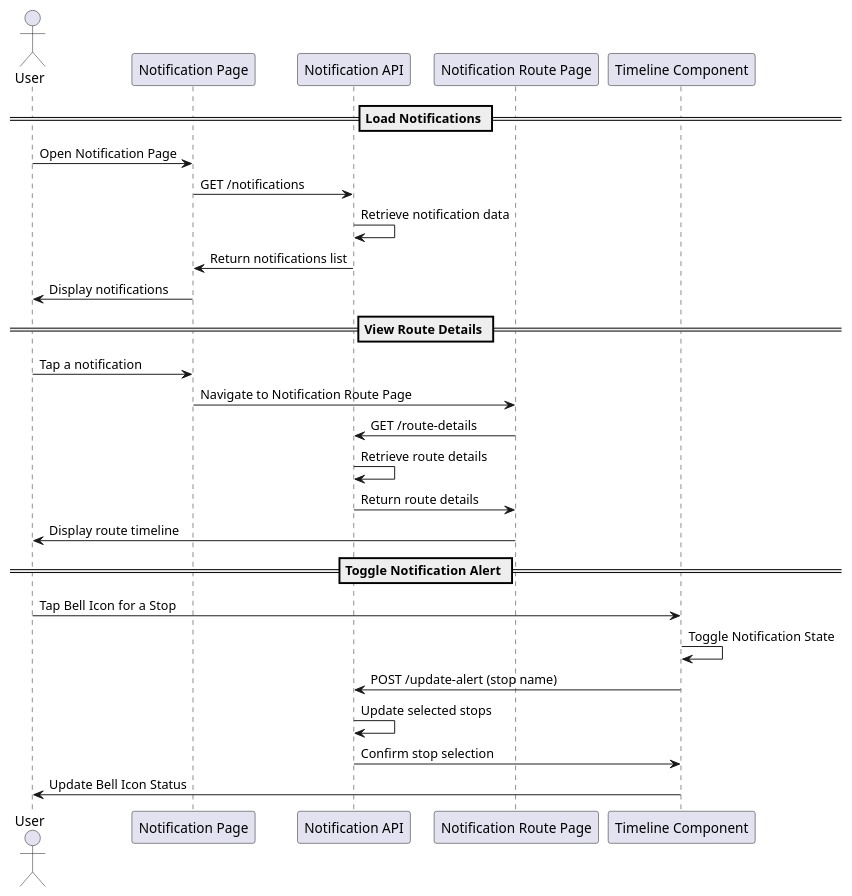
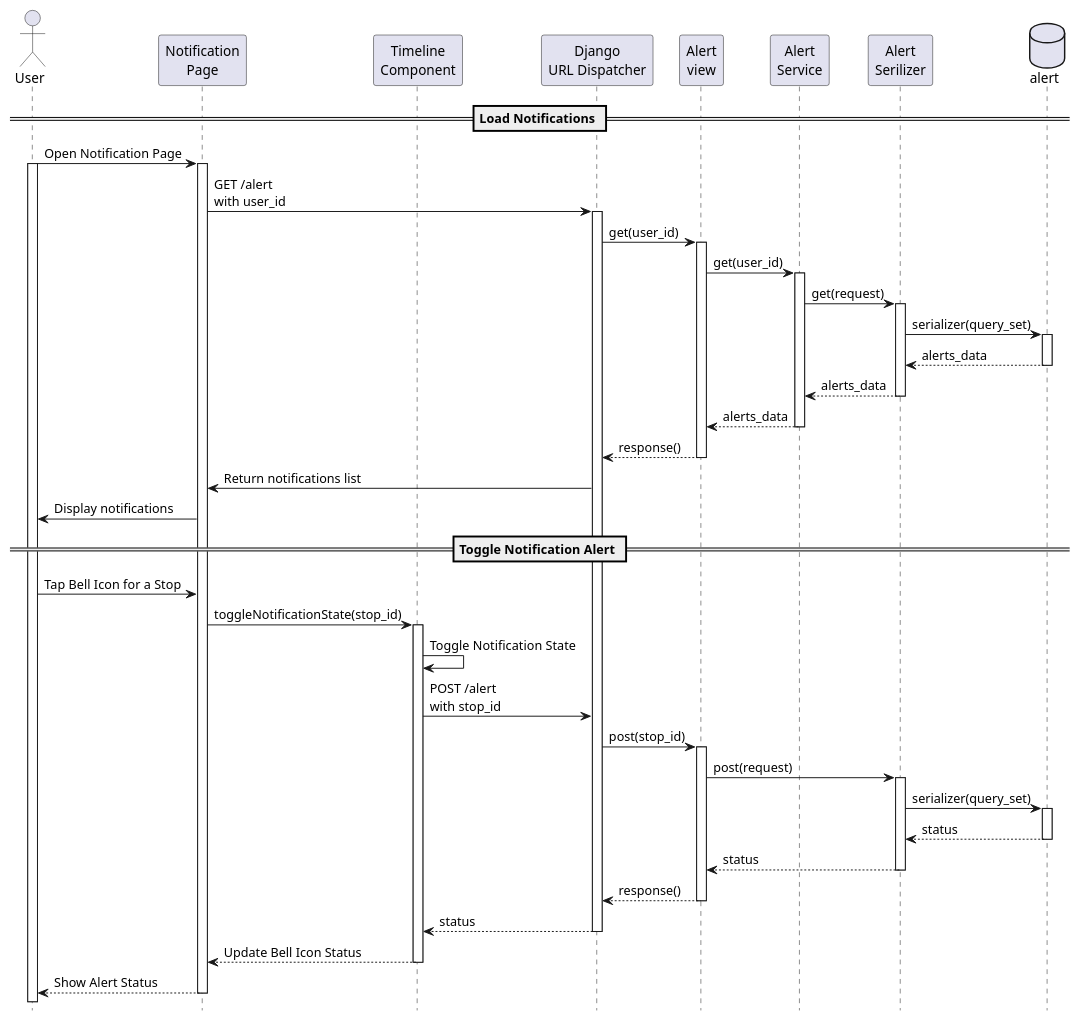
One commit to KMITL-BusBuddy/diagram changed the diagram in notification/notification_route_page.puml. Above: the diagram before and after it, drawn with PlantUML. The commit also changed 1 other file, not shown here.

Commit message:
notifications

```diff
--- a/notification/notification_route_page.puml
+++ b/notification/notification_route_page.puml
@@ -1,32 +1,80 @@
-@startuml
+@startuml noficition_route_page
+
+hide footbox
 
 actor User
-participant "Notification Page" as UI
-participant "Notification API" as API
-participant "Notification Route Page" as RouteUI
-participant "Timeline Component" as Timeline
+participant "Notification\nPage" as UI
+' participant "Notification Route\nPage" as RouteUI
+participant "Timeline\nComponent" as Timeline
+
+participant "Django\nURL Dispatcher" as API
+participant "Alert\nview" as view
+participant "Alert\nService" as service
+participant "Alert\nSerilizer" as serializer
+database "alert" as table
 
 == Load Notifications ==
 User -> UI: Open Notification Page
-UI -> API: GET /notifications
-API -> API: Retrieve notification data
+activate User
+activate UI
+UI -> API: GET /alert \nwith user_id
+activate API
+
+' API Call
+API -> view: get(user_id)
+activate view
+view -> service: get(user_id)
+activate service
+service -> serializer: get(request)
+activate serializer
+serializer -> table: serializer(query_set)
+activate table
+table --> serializer: alerts_data
+deactivate table
+serializer --> service: alerts_data
+deactivate serializer
+service --> view: alerts_data
+deactivate service
+view --> API: response()
+deactivate view
+
+' Display Notifications
 API -> UI: Return notifications list
+' deactivate API
 UI -> User: Display notifications
 
-== View Route Details ==
-User -> UI: Tap a notification
-UI -> RouteUI: Navigate to Notification Route Page
-RouteUI -> API: GET /route-details
-API -> API: Retrieve route details
-API -> RouteUI: Return route details
-RouteUI -> User: Display route timeline
+
+' == View Route Details ==
+' User -> UI: Tap a notification
+' UI -> RouteUI: Navigate to Notification Route Page
+' RouteUI -> API: GET /route-details
+' API -> API: Retrieve route details
+' API -> RouteUI: Return route details
+' RouteUI -> User: Display route timeline
 
 == Toggle Notification Alert ==
-User -> Timeline: Tap Bell Icon for a Stop
+User -> UI: Tap Bell Icon for a Stop
+UI -> Timeline: toggleNotificationState(stop_id)
+activate Timeline
 Timeline -> Timeline: Toggle Notification State
-Timeline -> API: POST /update-alert (stop name)
-API -> API: Update selected stops
-API -> Timeline: Confirm stop selection
-Timeline -> User: Update Bell Icon Status
+Timeline -> API: POST /alert \nwith stop_id
+API -> view: post(stop_id)
+activate view
+view -> serializer: post(request)
+activate serializer
+serializer -> table: serializer(query_set)
+activate table
+table --> serializer: status
+deactivate table
+serializer --> view: status
+deactivate serializer
+view --> API: response()
+deactivate view
+API --> Timeline: status
+deactivate API
+Timeline --> UI: Update Bell Icon Status
+deactivate Timeline
+UI --> User: Show Alert Status
+deactivate UI
 
 @enduml
```
